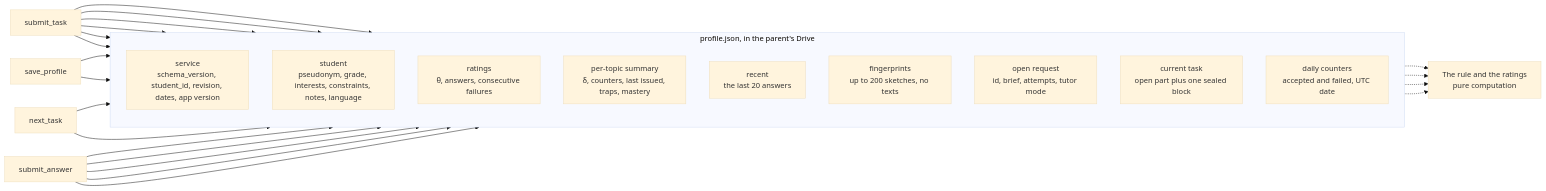
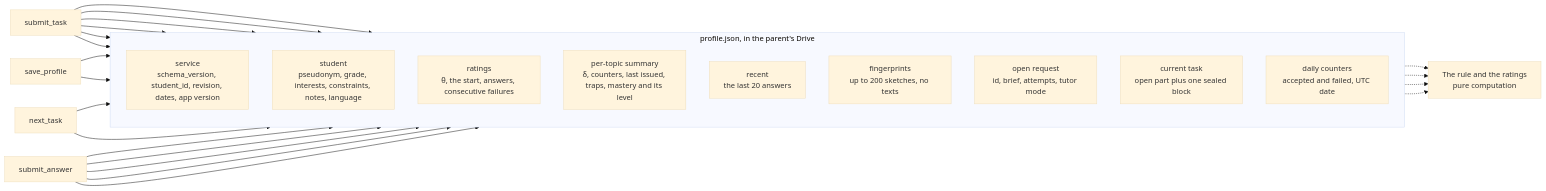
One commit to MathTrail/mathtrail-standalone changed the diagram in docs/architecture/04-profile.md. Above: the diagram before and after it, drawn with Mermaid (base theme). The commit also changed other lines of this file and 72 other files, not shown here.

````diff
--- a/docs/architecture/04-profile.md
+++ b/docs/architecture/04-profile.md
@@ -13,39 +13,39 @@
 ```mermaid
 flowchart LR
     nt["next_task"]
     st["submit_task"]
     sa["submit_answer"]
     sp["save_profile"]
     rule["The rule and the ratings<br/>pure computation"]
 
     subgraph file["profile.json, in the parent's Drive"]
         direction TB
         svc["service<br/>schema_version, student_id, revision, dates, app version"]
         kid["student<br/>pseudonym, grade, interests, constraints, notes, language"]
-        rat["ratings<br/>θ, answers, consecutive failures"]
-        top["per-topic summary<br/>δ, counters, last issued, traps, mastery"]
+        rat["ratings<br/>θ, the start, answers, consecutive failures"]
+        top["per-topic summary<br/>δ, counters, last issued, traps, mastery and its level"]
         rec["recent<br/>the last 20 answers"]
         fpr["fingerprints<br/>up to 200 sketches, no texts"]
         req["open request<br/>id, brief, attempts, tutor mode"]
         cur["current task<br/>open part plus one sealed block"]
         day["daily counters<br/>accepted and failed, UTC date"]
     end
 
     sp --> kid
     nt --> req
     st --> cur
     st --> fpr
     st --> day
     st --> req
     st --> top
     sa --> rat
     sa --> top
     sa --> rec
     sa --> cur
     sp & nt & st & sa --> svc
 
     kid -.-> rule
     rat -.-> rule
     top -.-> rule
     rec -.-> rule
 ```
````
